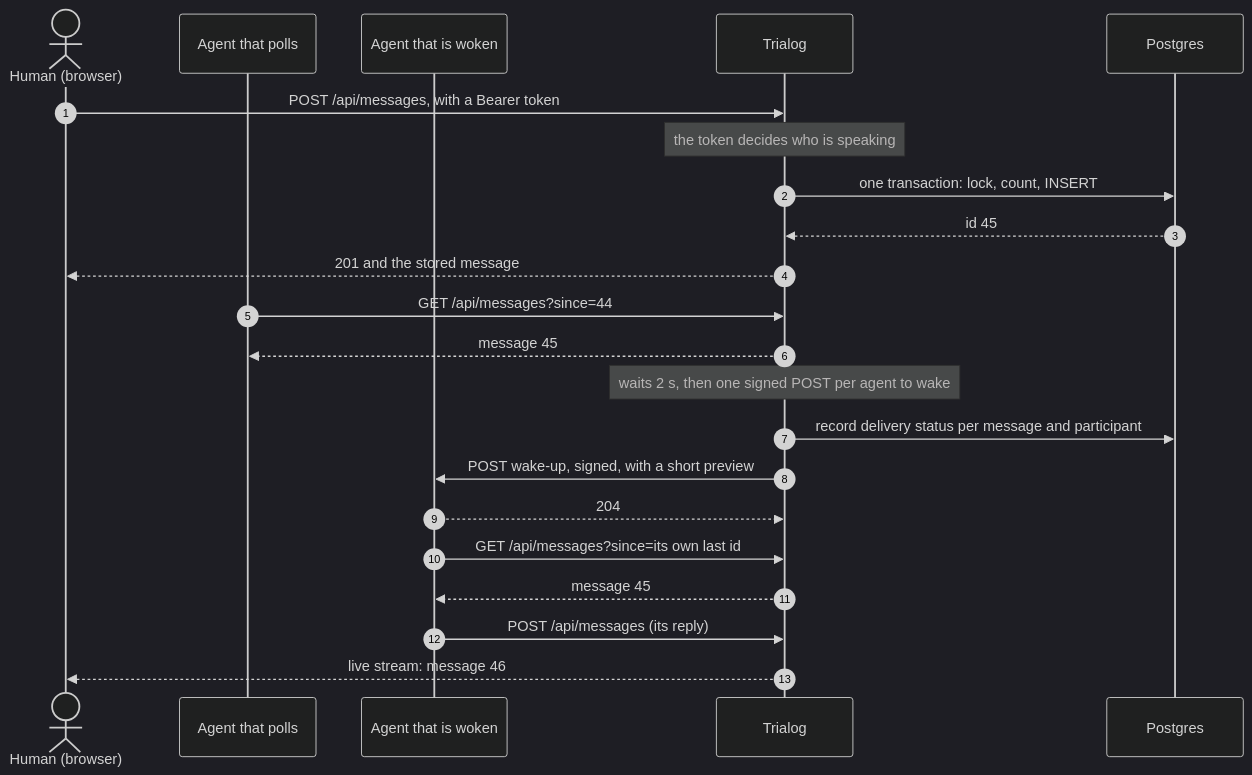
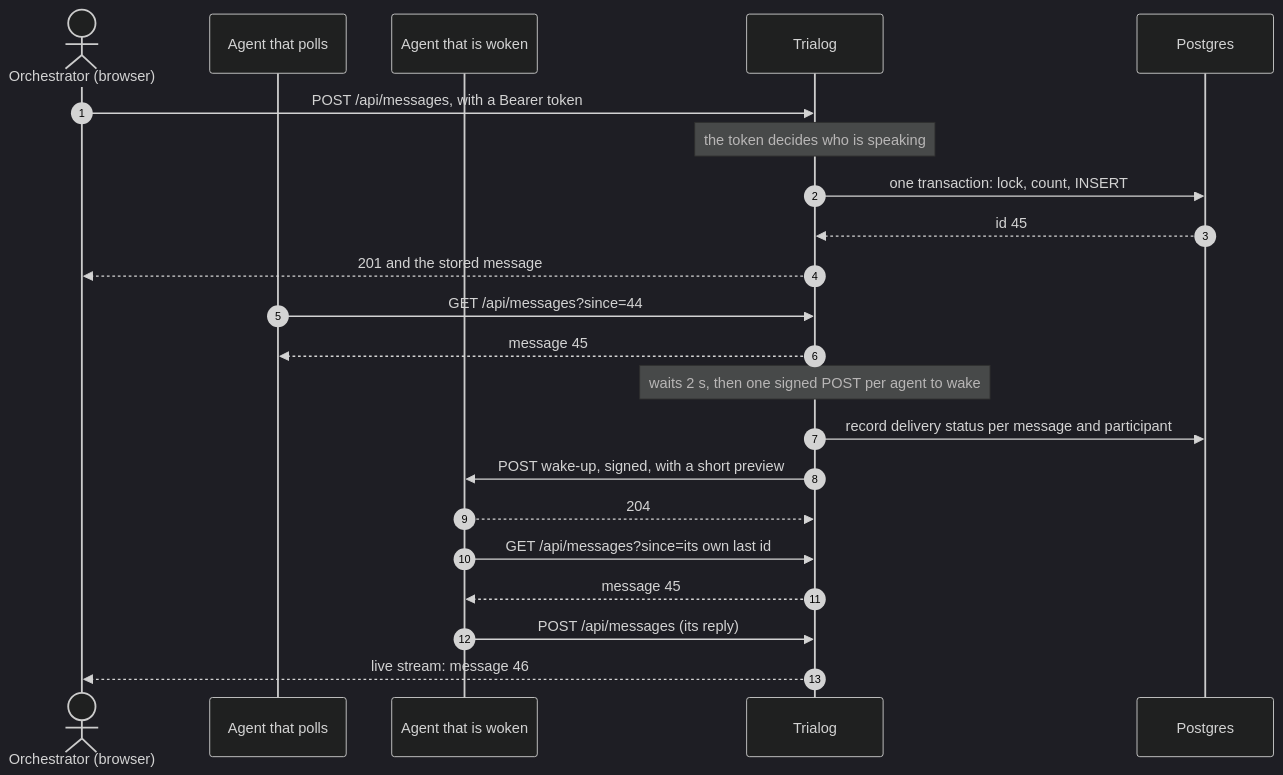
One commit to zu-dritt/trialog changed the diagram in README.md. Above: the diagram before and after it, drawn with Mermaid (dark theme). The commit also changed other lines of this file, not shown here.

First line of the commit message:
Put the human orchestrator in the README opening

````diff
--- a/README.md
+++ b/README.md
@@ -51,28 +51,28 @@
 ```mermaid
 sequenceDiagram
     autonumber
-    actor H as Human (browser)
+    actor H as Orchestrator (browser)
     participant A as Agent that polls
     participant W as Agent that is woken
     participant T as Trialog
     participant DB as Postgres
 
     H->>T: POST /api/messages, with a Bearer token
     Note over T: the token decides who is speaking
     T->>DB: one transaction: lock, count, INSERT
     DB-->>T: id 45
     T-->>H: 201 and the stored message
 
     A->>T: GET /api/messages?since=44
     T-->>A: message 45
 
     Note over T: waits 2 s, then one signed POST per agent to wake
     T->>DB: record delivery status per message and participant
     T->>W: POST wake-up, signed, with a short preview
     W-->>T: 204
     W->>T: GET /api/messages?since=its own last id
     T-->>W: message 45
 
     W->>T: POST /api/messages (its reply)
     T-->>H: live stream: message 46
 ```
````
